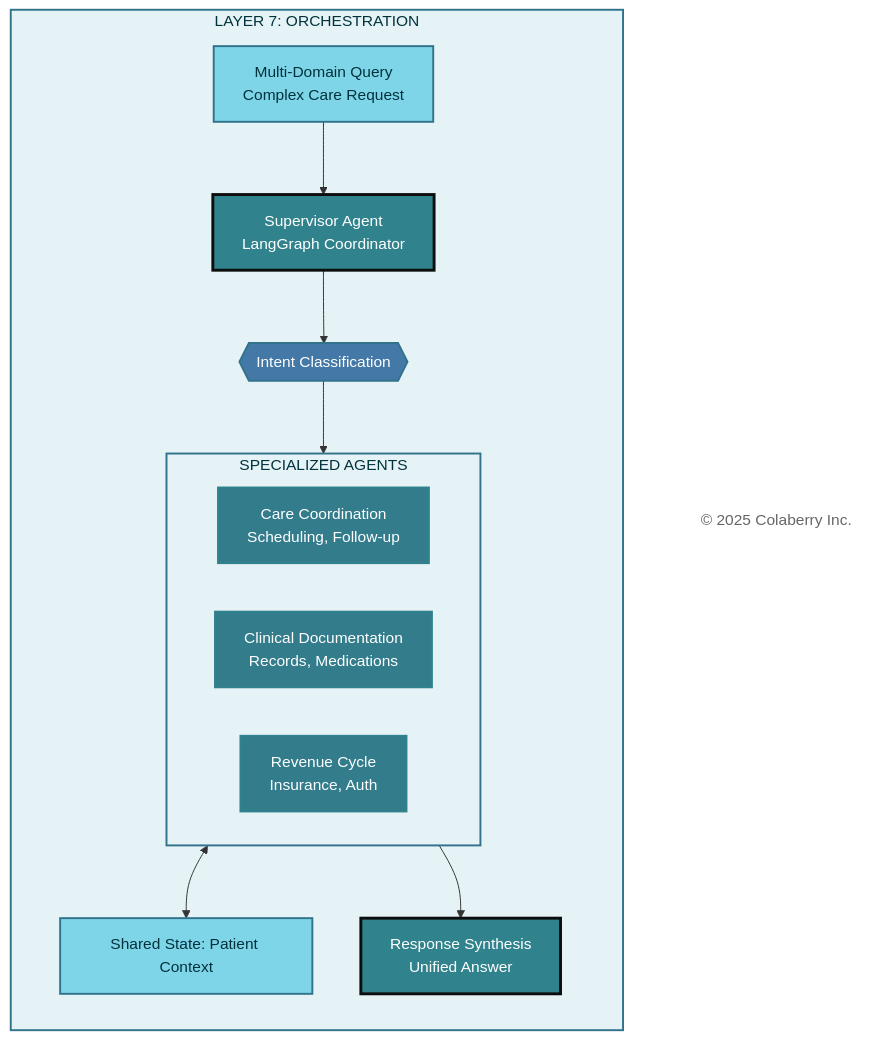
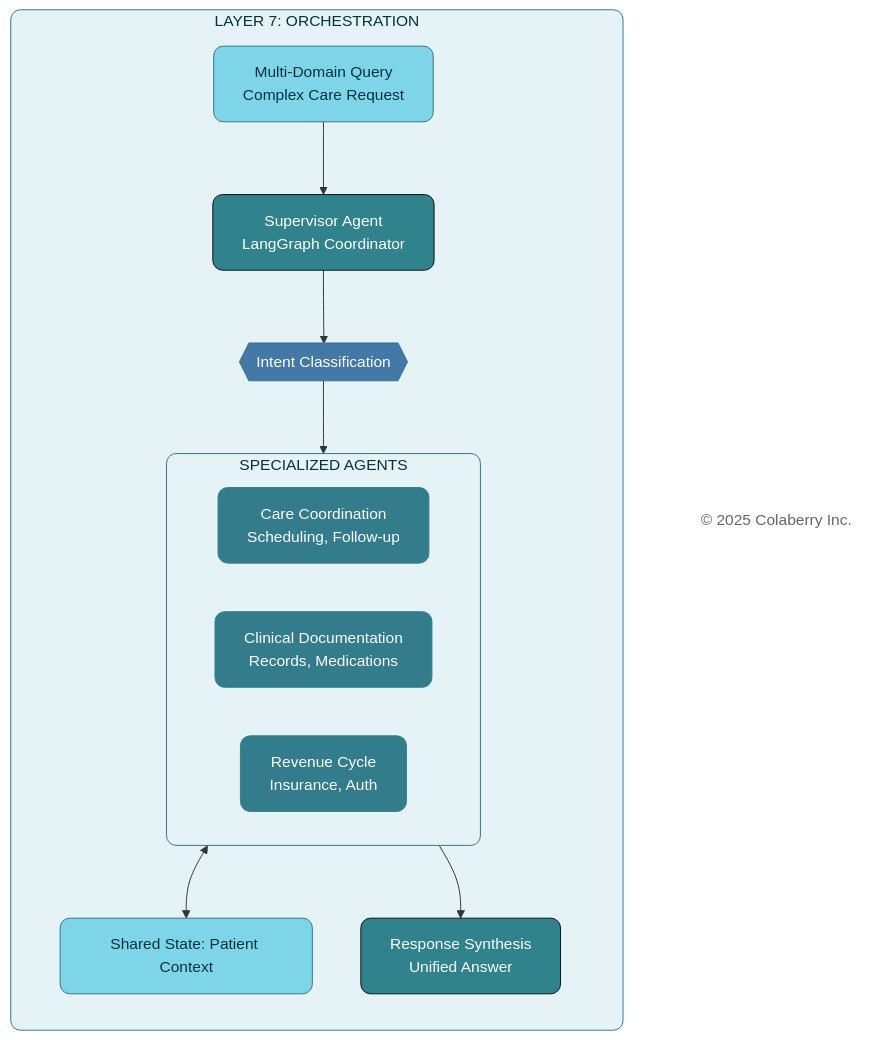
One commit to colaberry/trust-before-intelligence-book changed the ninth of 14 diagrams in manuscript/07_chapter_6_transparency_orchestration_layers.md. Above: the diagram before and after it, drawn with Mermaid. The commit also changed other lines of this file and 12 other files, not shown here.

````diff
--- a/manuscript/07_chapter_6_transparency_orchestration_layers.md
+++ b/manuscript/07_chapter_6_transparency_orchestration_layers.md
@@ -840,40 +840,40 @@
 ```mermaid
 
 graph TB
     subgraph LAYER7["LAYER 7: ORCHESTRATION"]
         direction TB
         Query["Multi-Domain Query<br/>Complex Care Request"]
         Supervisor["Supervisor Agent<br/>LangGraph Coordinator"]
         Intent{{"Intent Classification"}}
         
         subgraph AGENTS["SPECIALIZED AGENTS"]
             direction LR
             Care["Care Coordination<br/>Scheduling, Follow-up"]
             Clinical["Clinical Documentation<br/>Records, Medications"]
             Revenue["Revenue Cycle<br/>Insurance, Auth"]
         end
         
         State["Shared State: Patient Context"]
         Synthesis["Response Synthesis<br/>Unified Answer"]
     end
     
     Copyright["© 2025 Colaberry Inc."]
     
     Query --> Supervisor --> Intent
     Intent --> AGENTS
     AGENTS <--> State
     AGENTS --> Synthesis
     
-    style LAYER7 fill:#E6F3F6,stroke:#32738C,stroke-width:2px,color:#00323D
-    style Query fill:#7FD5E8,stroke:#32738C,stroke-width:2px,color:#00323D
-    style Supervisor fill:#30838C,color:#ffffff,stroke:#0D0D0D,stroke-width:3px
-    style Intent fill:#4478A6,stroke:#32738C,stroke-width:2px,color:#ffffff
-    style AGENTS fill:#E6F3F6,stroke:#32738C,stroke-width:2px,color:#00323D
-    style Care fill:#327C8C,stroke:#30838C,stroke-width:2px,color:#ffffff
-    style Clinical fill:#327C8C,stroke:#30838C,stroke-width:2px,color:#ffffff
-    style Revenue fill:#327C8C,stroke:#30838C,stroke-width:2px,color:#ffffff
-    style State fill:#7FD5E8,stroke:#32738C,stroke-width:2px,color:#00323D
-    style Synthesis fill:#30838C,color:#ffffff,stroke:#0D0D0D,stroke-width:3px
-    style Copyright fill:#ffffff,stroke:none,color:#666666
+    style LAYER7 fill:#E6F3F6,stroke:#32738C,stroke-width:1px,color:#00323D,rx:10,ry:10
+    style Query fill:#7FD5E8,stroke:#32738C,stroke-width:1px,color:#00323D,rx:10,ry:10
+    style Supervisor fill:#30838C,color:#ffffff,stroke:#0D0D0D,stroke-width:1px,rx:10,ry:10
+    style Intent fill:#4478A6,stroke:#32738C,stroke-width:1px,color:#ffffff,rx:10,ry:10
+    style AGENTS fill:#E6F3F6,stroke:#32738C,stroke-width:1px,color:#00323D,rx:10,ry:10
+    style Care fill:#327C8C,stroke:#30838C,stroke-width:1px,color:#ffffff,rx:10,ry:10
+    style Clinical fill:#327C8C,stroke:#30838C,stroke-width:1px,color:#ffffff,rx:10,ry:10
+    style Revenue fill:#327C8C,stroke:#30838C,stroke-width:1px,color:#ffffff,rx:10,ry:10
+    style State fill:#7FD5E8,stroke:#32738C,stroke-width:1px,color:#00323D,rx:10,ry:10
+    style Synthesis fill:#30838C,color:#ffffff,stroke:#0D0D0D,stroke-width:1px,rx:10,ry:10
+    style Copyright fill:none,stroke:none,color:#666666
 
 ```
````
